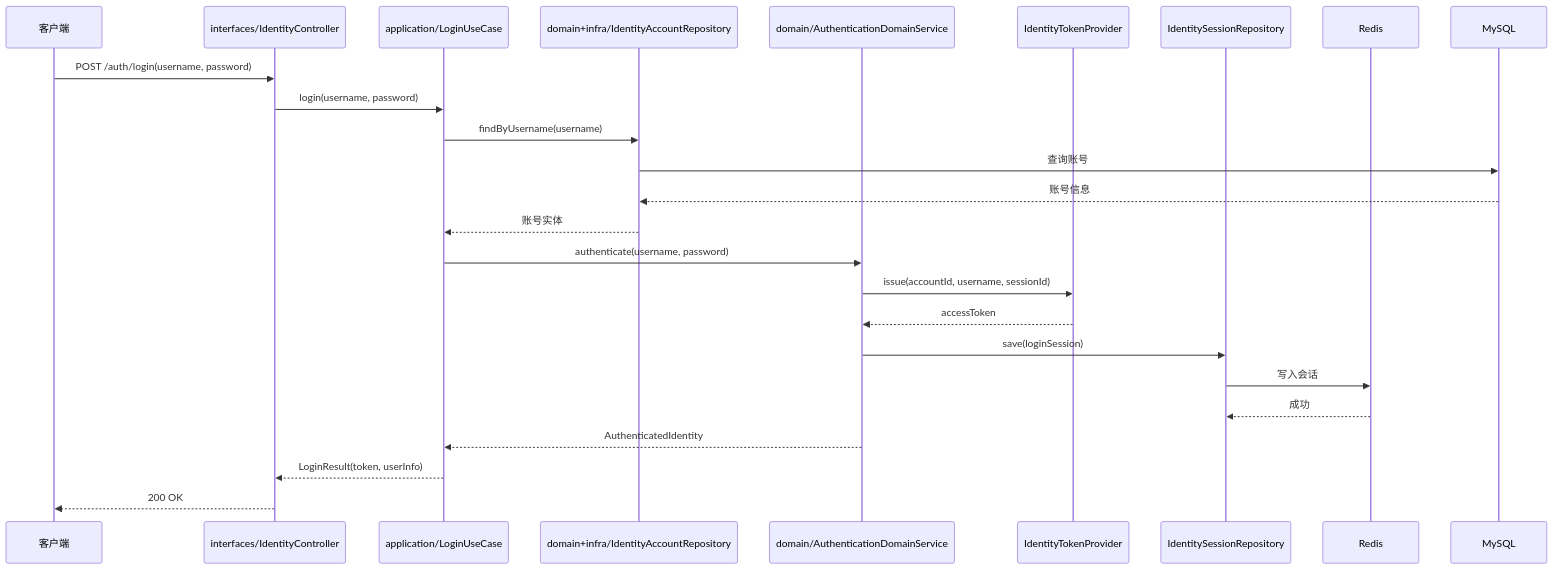
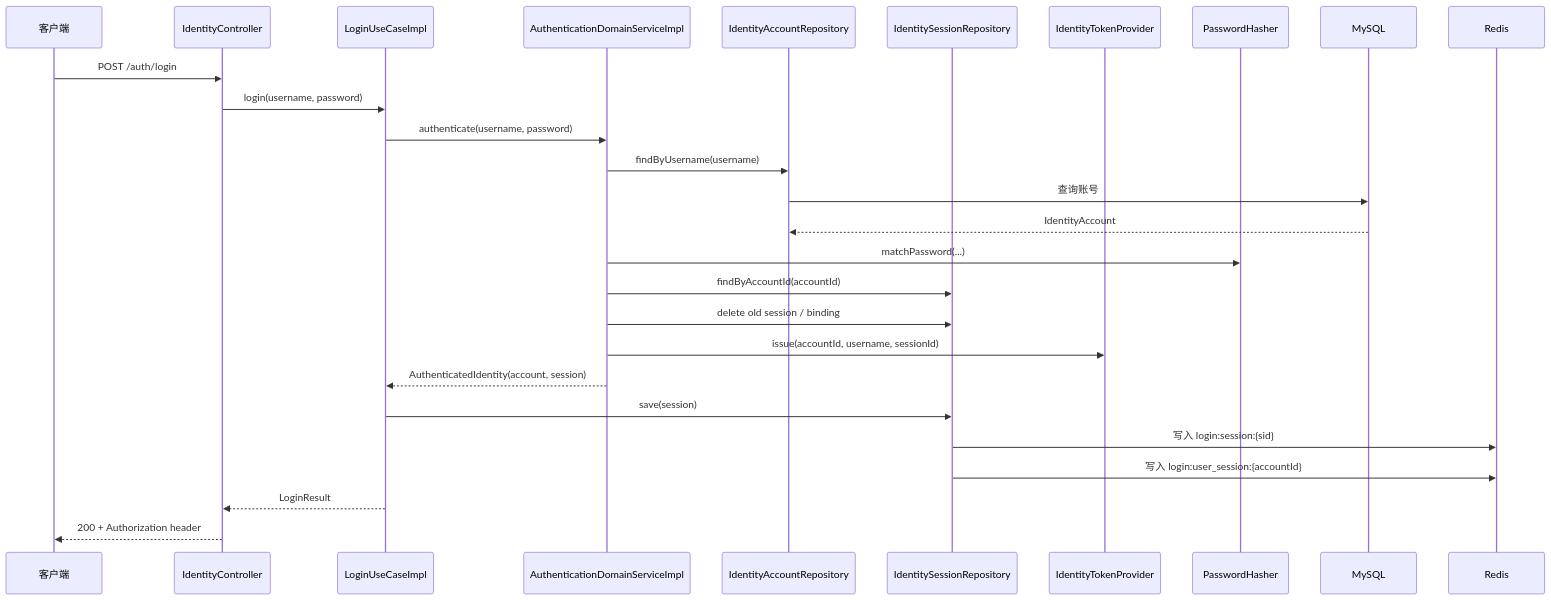
The second of 2 diagrams in docs/login-architecture.md (RokiLai/auth-service), drawn with Mermaid before and after one commit. The commit also changed other lines of this file and 3 other files, not shown here.

````diff
--- a/docs/login-architecture.md
+++ b/docs/login-architecture.md
@@ -31,28 +37,30 @@
 ```mermaid
 sequenceDiagram
     participant Client as 客户端
-    participant Controller as interfaces/IdentityController
-    participant App as application/LoginUseCase
-    participant Repo as domain+infra/IdentityAccountRepository
-    participant Auth as domain/AuthenticationDomainService
+    participant Controller as IdentityController
+    participant App as LoginUseCaseImpl
+    participant Domain as AuthenticationDomainServiceImpl
+    participant AccountRepo as IdentityAccountRepository
+    participant SessionRepo as IdentitySessionRepository
     participant Token as IdentityTokenProvider
-    participant Session as IdentitySessionRepository
+    participant Hasher as PasswordHasher
+    participant DB as MySQL
     participant Redis as Redis
-    participant DB as MySQL
 
-    Client->>Controller: POST /auth/login(username, password)
+    Client->>Controller: POST /auth/login
     Controller->>App: login(username, password)
-    App->>Repo: findByUsername(username)
-    Repo->>DB: 查询账号
-    DB-->>Repo: 账号信息
-    Repo-->>App: 账号实体
-    App->>Auth: authenticate(username, password)
-    Auth->>Token: issue(accountId, username, sessionId)
-    Token-->>Auth: accessToken
-    Auth->>Session: save(loginSession)
-    Session->>Redis: 写入会话
-    Redis-->>Session: 成功
-    Auth-->>App: AuthenticatedIdentity
-    App-->>Controller: LoginResult(token, userInfo)
-    Controller-->>Client: 200 OK
+    App->>Domain: authenticate(username, password)
+    Domain->>AccountRepo: findByUsername(username)
+    AccountRepo->>DB: 查询账号
+    DB-->>AccountRepo: IdentityAccount
+    Domain->>Hasher: matchPassword(...)
+    Domain->>SessionRepo: findByAccountId(accountId)
+    Domain->>SessionRepo: delete old session / binding
+    Domain->>Token: issue(accountId, username, sessionId)
+    Domain-->>App: AuthenticatedIdentity(account, session)
+    App->>SessionRepo: save(session)
+    SessionRepo->>Redis: 写入 login:session:{sid}
+    SessionRepo->>Redis: 写入 login:user_session:{accountId}
+    App-->>Controller: LoginResult
+    Controller-->>Client: 200 + Authorization header
 ```
````
